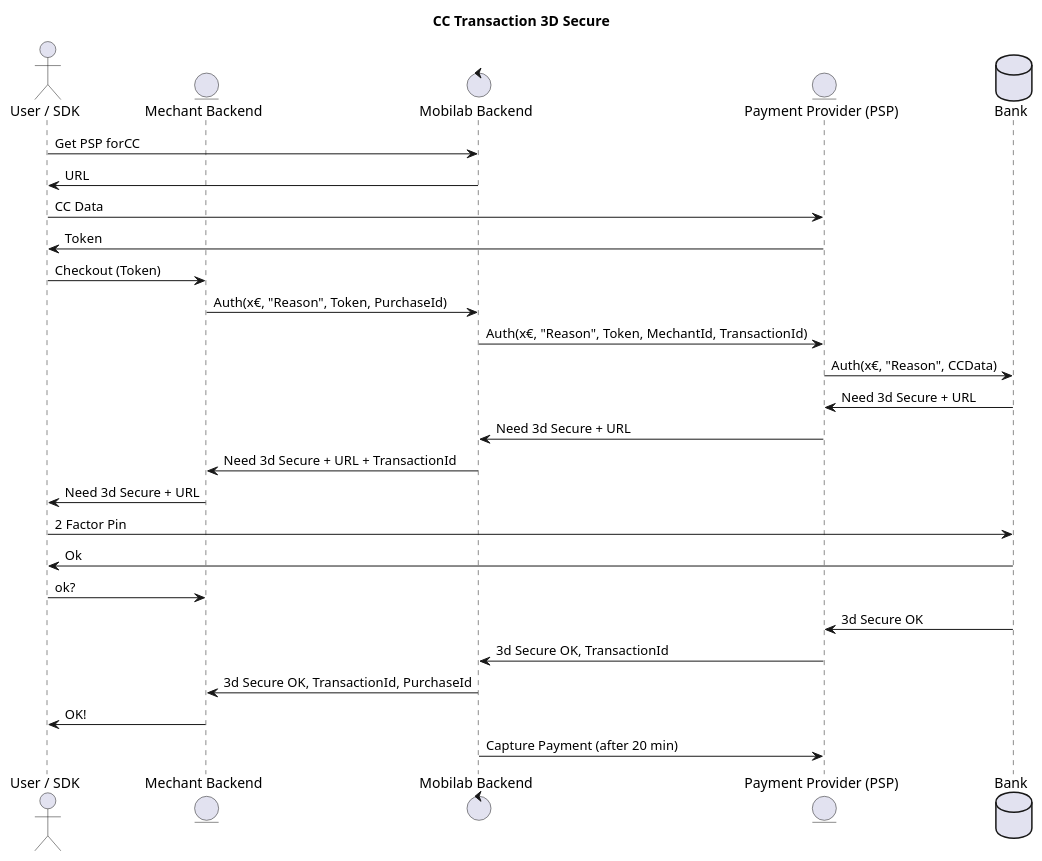
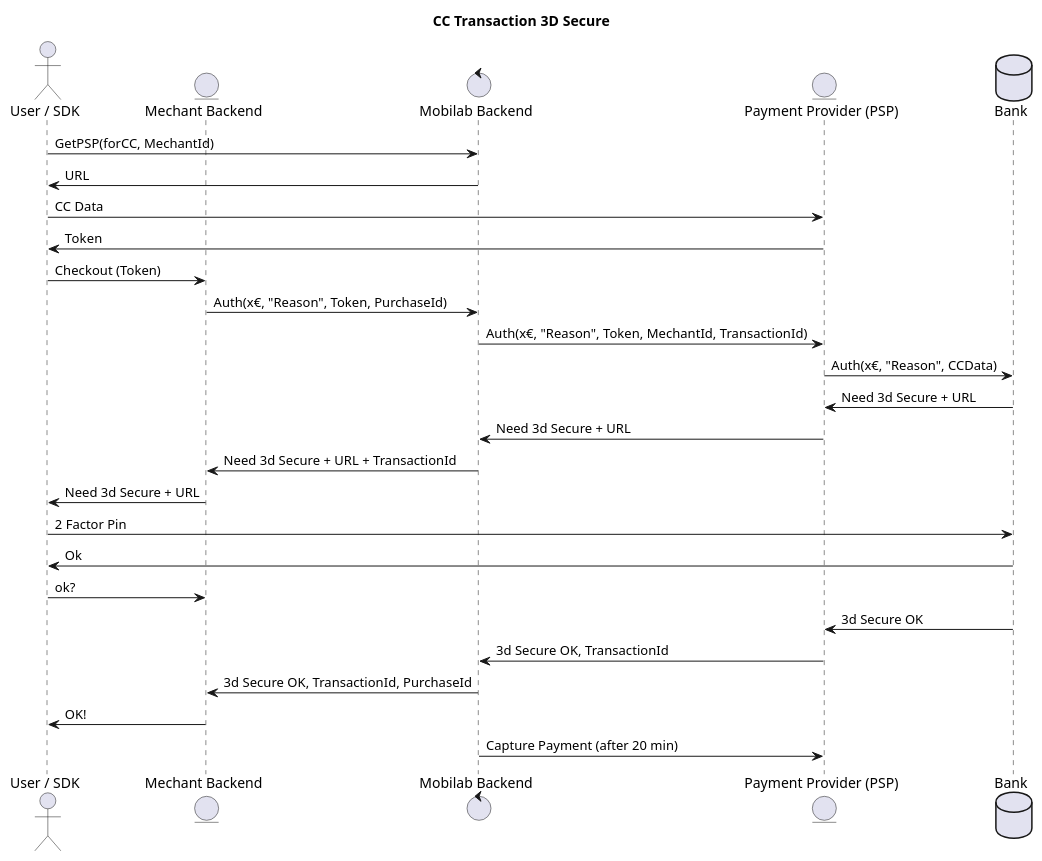
The diagram in diagrams/cc_transaction_3d.wsd (mobilabsolutions/stash-sdk-wiki), drawn with PlantUML before and after one commit. The commit also changed 1 other file, not shown here.

Commit message:
first sequence diagrams (cc and Sepa)

```diff
--- a/diagrams/cc_transaction_3d.wsd
+++ b/diagrams/cc_transaction_3d.wsd
@@ -1,38 +1,38 @@
 @startuml
 
 title "CC Transaction 3D Secure"
 
 actor "User / SDK" as User
 entity "Mechant Backend" as MEC
 control "Mobilab Backend" as MBE
 entity "Payment Provider (PSP)" as PSP
 database "Bank" 
 
-User -> MBE: Get PSP forCC
+User -> MBE: GetPSP(forCC, MechantId)
 MBE -> User: URL
 
 User -> PSP: CC Data
 PSP -> User: Token
 
 User -> MEC: Checkout (Token)
 MEC -> MBE: Auth(x€, "Reason", Token, PurchaseId)
 MBE -> PSP: Auth(x€, "Reason", Token, MechantId, TransactionId)
 PSP -> Bank: Auth(x€, "Reason", CCData)
 Bank -> PSP: Need 3d Secure + URL
 PSP -> MBE: Need 3d Secure + URL
 MBE -> MEC: Need 3d Secure + URL + TransactionId
 MEC -> User: Need 3d Secure + URL
 
 User -> Bank: 2 Factor Pin
 Bank -> User: Ok
 
 User -> MEC: ok?
 Bank -> PSP: 3d Secure OK
 PSP -> MBE: 3d Secure OK, TransactionId
 MBE -> MEC: 3d Secure OK, TransactionId, PurchaseId
 MEC -> User: OK!
 
 
 MBE -> PSP: Capture Payment (after 20 min)
 
 @enduml
```
